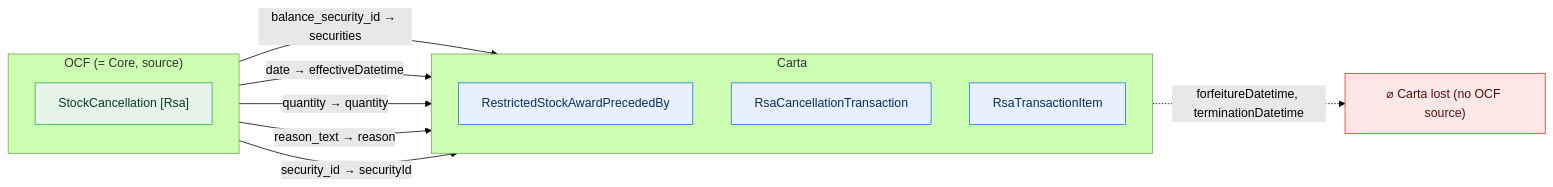
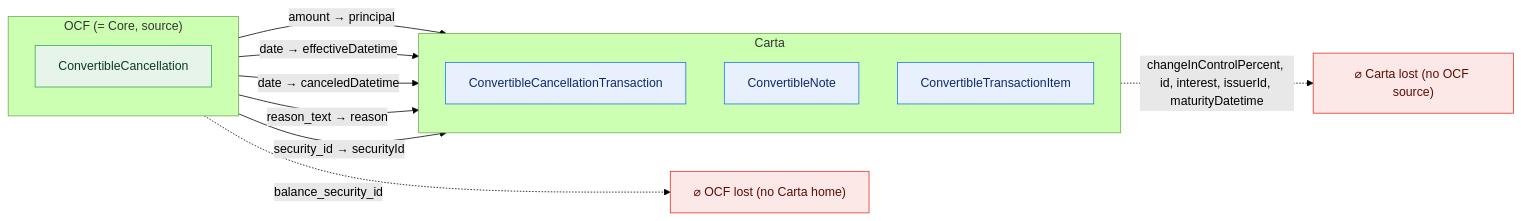
Diagram 21 of 51 in docs/core-bidirectional-flow.md (Open-Cap-Table-Coalition/OCF-Composed-Schemas), drawn with Mermaid (forest theme) before and after one commit. The commit also changed other lines of this file and 37 other files, not shown here.

````diff
--- a/docs/core-bidirectional-flow.md
+++ b/docs/core-bidirectional-flow.md
@@ -691,24 +901,26 @@
 ```mermaid
 flowchart LR
   classDef adm fill:#e6f4ea,stroke:#34a853,color:#0b3d20;
   classDef notadm fill:#f1f3f4,stroke:#9aa0a6,color:#5f6368,stroke-dasharray:4 3;
   classDef carta fill:#e8f0fe,stroke:#1a73e8,color:#0d2b66;
   classDef lost fill:#fce8e6,stroke:#d93025,color:#5c0d06;
   subgraph SRC["OCF (= Core, source)"]
     direction TB
-    o0["StockCancellation [Rsa]"]:::adm
+    o0["ConvertibleCancellation"]:::adm
   end
   subgraph TGT["Carta"]
     direction TB
-    t0["RestrictedStockAwardPrecededBy"]:::carta
-    t1["RsaCancellationTransaction"]:::carta
-    t2["RsaTransactionItem"]:::carta
+    t0["ConvertibleCancellationTransaction"]:::carta
+    t1["ConvertibleNote"]:::carta
+    t2["ConvertibleTransactionItem"]:::carta
   end
+  ocflost["⌀ OCF lost (no Carta home)"]:::lost
   cartalost["⌀ Carta lost (no OCF source)"]:::lost
-  o0 -->|"balance_security_id → securities"| t0
-  o0 -->|"date → effectiveDatetime"| t1
-  o0 -->|"quantity → quantity"| t1
-  o0 -->|"reason_text → reason"| t1
+  o0 -->|"amount → principal"| t0
+  o0 -->|"date → effectiveDatetime"| t0
+  o0 -->|"date → canceledDatetime"| t1
+  o0 -->|"reason_text → reason"| t0
   o0 -->|"security_id → securityId"| t2
-  t1 -.->|"forfeitureDatetime, terminationDatetime"| cartalost
+  o0 -.->|"balance_security_id"| ocflost
+  t1 -.->|"changeInControlPercent, id, interest, issuerId, maturityDatetime"| cartalost
 ```
````
